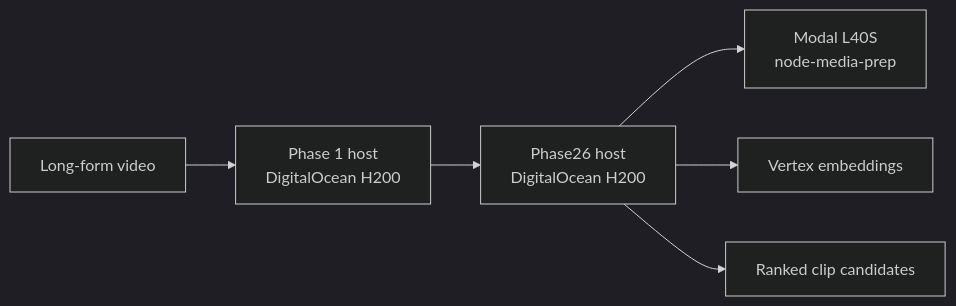
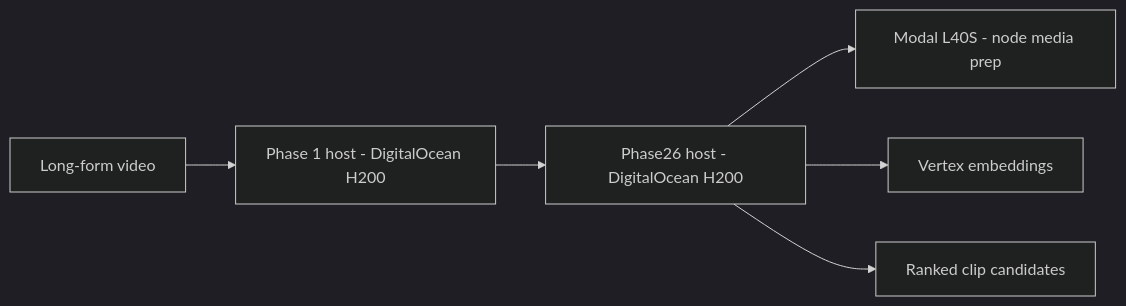
The first of 2 diagrams in README.md (ClyptAI/Clypt-Backend), drawn with Mermaid (dark theme) before and after one commit. The commit also changed other lines of this file and 2 other files, not shown here.

Commit message:
Simplify Mermaid diagrams for GitHub rendering

````diff
--- a/README.md
+++ b/README.md
@@ -39,15 +39,15 @@
 ```mermaid
 flowchart LR
   source["Long-form video"]
-  phase1["Phase 1 host<br/>DigitalOcean H200"]
-  phase26["Phase26 host<br/>DigitalOcean H200"]
-  modal["Modal L40S<br/>node-media-prep"]
+  phase1["Phase 1 host - DigitalOcean H200"]
+  phase26["Phase26 host - DigitalOcean H200"]
+  modal["Modal L40S - node media prep"]
   vertex["Vertex embeddings"]
   out["Ranked clip candidates"]
 
   source --> phase1
   phase1 --> phase26
   phase26 --> modal
   phase26 --> vertex
   phase26 --> out
 ```
````
